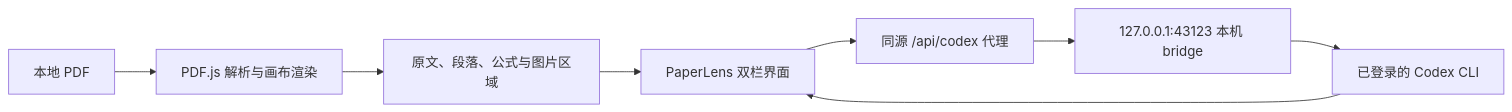
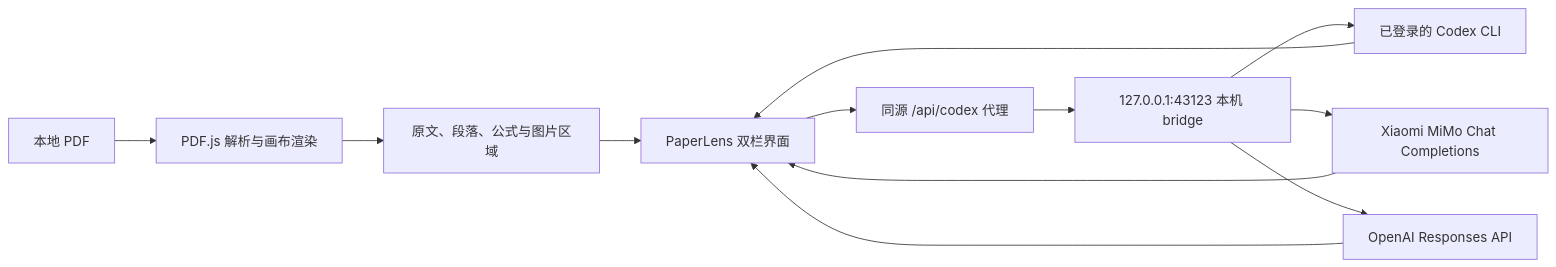
One commit to NaCr05/PaperLens changed the diagram in README.md. Above: the diagram before and after it, drawn with Mermaid. The commit also changed other lines of this file and 25 other files, not shown here.

````diff
--- a/README.md
+++ b/README.md
@@ -23,10 +24,14 @@
 ```mermaid
 flowchart LR
   PDF["本地 PDF"] --> PDFJS["PDF.js 解析与画布渲染"]
   PDFJS --> Reader["原文、段落、公式与图片区域"]
   Reader --> UI["PaperLens 双栏界面"]
   UI --> Proxy["同源 /api/codex 代理"]
   Proxy --> Bridge["127.0.0.1:43123 本机 bridge"]
   Bridge --> Codex["已登录的 Codex CLI"]
+  Bridge --> MiMo["Xiaomi MiMo Chat Completions"]
+  Bridge --> OpenAI["OpenAI Responses API"]
   Codex --> UI
+  MiMo --> UI
+  OpenAI --> UI
 ```
````
